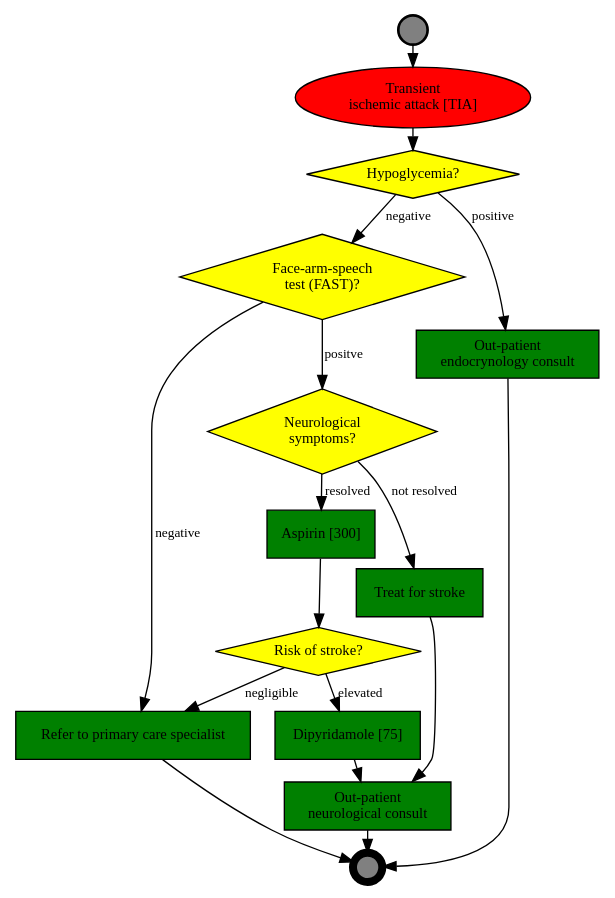
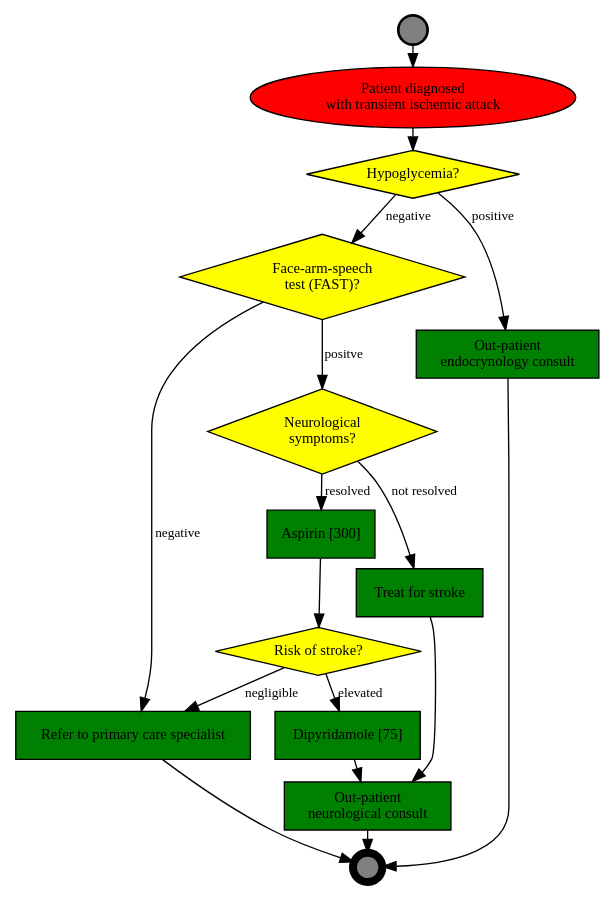
One commit to dradka/Program changed the diagram in algorytmy/tia.dot. Above: the diagram before and after it, drawn with Graphviz. The commit also changed 4 other files, not shown here.

```diff
--- a/algorytmy/tia.dot
+++ b/algorytmy/tia.dot
@@ -1,45 +1,45 @@
 // TIA - transient ischemic attack (KR4HC 2014)
 
 digraph TIA {
 	ranksep=0.1;
 node [shape=box, style=filled, fillcolor=green, fontname=Calibri, fontsize=11];
 edge [fontname="Calibri Italic", fontsize=10];
 
 // Context
-c_tia [label="Transient \n ischemic attack [TIA]", shape=oval, style=filled, fillcolor=red];
+c_tia [label="Patient diagnosed \n with transient ischemic attack", shape=oval, style=filled, fillcolor=red];
 
 // Decisions
 d_hypoglycemia [shape=diamond, fillcolor=yellow, label="Hypoglycemia?"];
 d_fast [shape=diamond, fillcolor=yellow, label="Face-arm-speech \n test (FAST)?"];
 d_neuro_symptoms [shape=diamond, fillcolor=yellow, label="Neurological \n symptoms?"];
 d_stroke_risk [shape=diamond, fillcolor=yellow, label="Risk of stroke?"];
 
 // Actions
 a_prim_care_specialit [label="Refer to primary care specialist"];
 a_aspirin [label="Aspirin [300]"];
 a_dipyridamole [label="Dipyridamole [75]"];
 a_treat_stroke [label="Treat for stroke"];
 a_endo_consult [label="Out-patient \n endocrynology consult"];
 a_neuro_consult [label="Out-patient \n neurological consult"];
 
 // Event nodes
 e_start [shape=circle, label="", width=0.3, penwidth=2, fillcolor="gray"];
 e_end [shape=circle, label="", width=0.3, penwidth=6, fillcolor="gray"];
 
 e_start -> c_tia -> d_hypoglycemia;
 d_hypoglycemia -> d_fast [label=negative];
 d_hypoglycemia -> a_endo_consult [label=positive];
 a_endo_consult -> e_end;
 d_fast -> d_neuro_symptoms [label=positve];
 d_fast -> a_prim_care_specialit [label=negative];
 a_prim_care_specialit -> e_end;
 d_neuro_symptoms -> a_aspirin [label=resolved];
 d_neuro_symptoms -> a_treat_stroke [label="not resolved"];
 a_aspirin -> d_stroke_risk;
 d_stroke_risk -> a_prim_care_specialit [label="negligible"];
 d_stroke_risk -> a_dipyridamole [label=elevated];
 a_dipyridamole -> a_neuro_consult;
 a_treat_stroke -> a_neuro_consult;
 a_neuro_consult -> e_end;
 
 }
```
